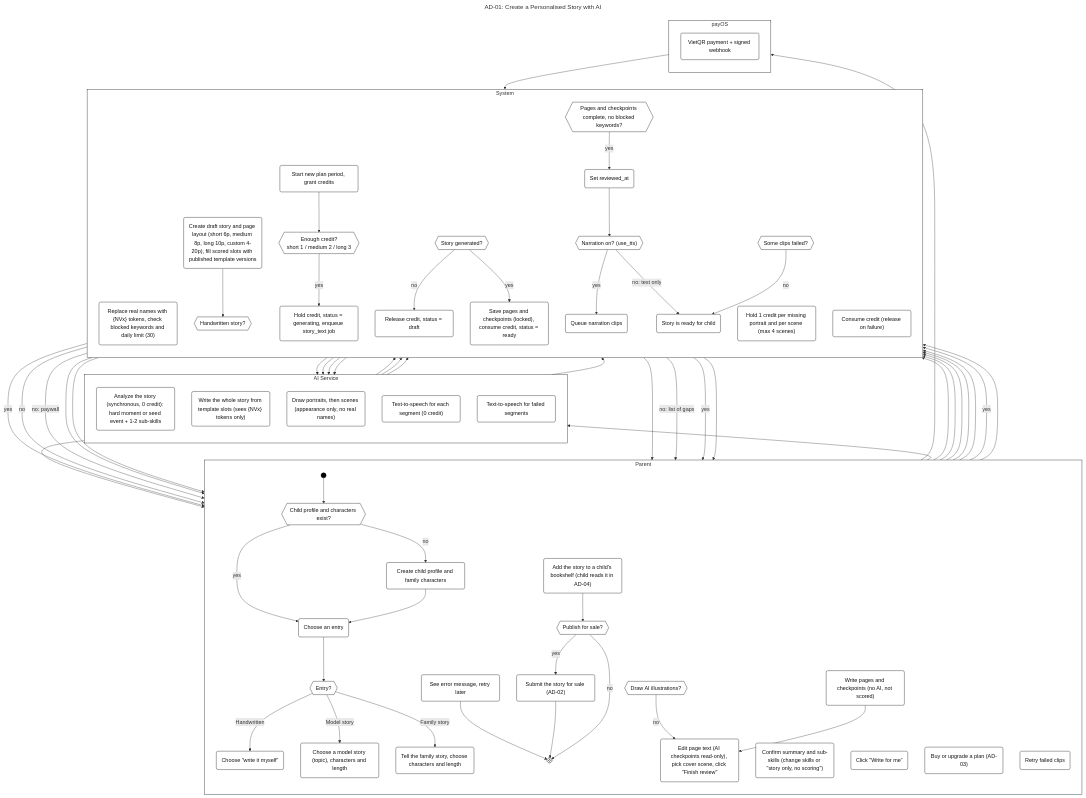
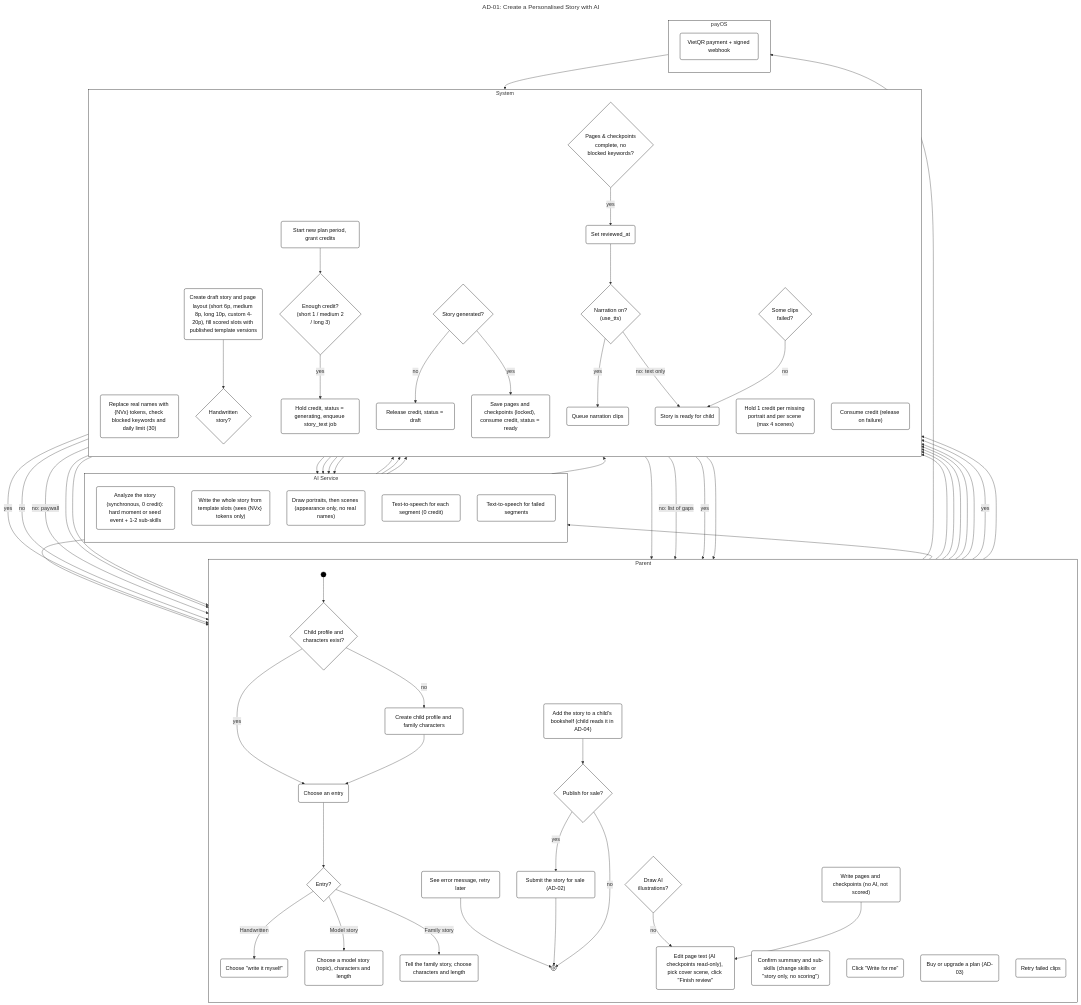
One commit to SEP490-GFA26SE186/BE changed the diagram in docs/diagrams/activity/AD-01-create-story.mmd. Above: the diagram before and after it, drawn with Mermaid. The commit also changed 17 other files, not shown here.

```diff
--- a/docs/diagrams/activity/AD-01-create-story.mmd
+++ b/docs/diagrams/activity/AD-01-create-story.mmd
@@ -1,122 +1,122 @@
 ---
 title: "AD-01: Create a Personalised Story with AI"
 ---
 %%{init: {"flowchart": {"curve": "linear", "nodeSpacing": 30, "rankSpacing": 40}, "themeVariables": {"fontFamily": "Arial", "fontSize": "14px", "lineColor": "#333333"}}%%
 flowchart TB
   subgraph L_P["Parent"]
     direction TB
     start((" "))
-    d_exist{{"Child profile and characters exist?"}}
+    d_exist{"Child profile and<br/>characters exist?"}
     a_create("Create child profile and family characters")
     a_choose("Choose an entry")
-    d_entry{{"Entry?"}}
+    d_entry{"Entry?"}
     a_hand("Choose #quot;write it myself#quot;")
     a_model("Choose a model story (topic), characters and length")
     a_family("Tell the family story, choose characters and length")
     a_confirm("Confirm summary and sub-skills (change skills or #quot;story only, no scoring#quot;)")
     a_writeown("Write pages and checkpoints (no AI, not scored)")
     a_writefor("Click #quot;Write for me#quot;")
     a_buy("Buy or upgrade a plan (AD-03)")
     a_err("See error message, retry later")
-    d_draw{{"Draw AI illustrations?"}}
+    d_draw{"Draw AI<br/>illustrations?"}
     a_edit("Edit page text (AI checkpoints read-only), pick cover scene, click #quot;Finish review#quot;")
     a_retry("Retry failed clips")
     a_shelf("Add the story to a child's bookshelf (child reads it in AD-04)")
-    d_pub{{"Publish for sale?"}}
+    d_pub{"Publish for sale?"}
     a_submit("Submit the story for sale (AD-02)")
     end2@{ shape: fr-circ }
   end
   subgraph L_S["System"]
     direction TB
     s_tokens("Replace real names with {NVx} tokens, check blocked keywords and daily limit (30)")
     s_draft("Create draft story and page layout (short 6p, medium 8p, long 10p, custom 4-20p), fill scored slots with published template versions")
-    d_hand{{"Handwritten story?"}}
-    d_credit{{"Enough credit?<br/>short 1 / medium 2 / long 3"}}
+    d_hand{"Handwritten<br/>story?"}
+    d_credit{"Enough credit?<br/>(short 1 / medium 2<br/>/ long 3)"}
     s_grant("Start new plan period, grant credits")
     s_hold("Hold credit, status = generating, enqueue story_text job")
-    d_gen{{"Story generated?"}}
+    d_gen{"Story generated?"}
     s_release("Release credit, status = draft")
     s_save("Save pages and checkpoints (locked), consume credit, status = ready")
     s_holdimg("Hold 1 credit per missing portrait and per scene (max 4 scenes)")
     s_consume("Consume credit (release on failure)")
-    d_complete{{"Pages and checkpoints complete, no blocked keywords?"}}
+    d_complete{"Pages & checkpoints<br/>complete, no<br/>blocked keywords?"}
     s_reviewed("Set reviewed_at")
-    d_tts{{"Narration on? (use_tts)"}}
+    d_tts{"Narration on?<br/>(use_tts)"}
     s_queue("Queue narration clips")
-    d_failed{{"Some clips failed?"}}
+    d_failed{"Some clips<br/>failed?"}
     s_ready("Story is ready for child")
   end
   subgraph L_A["AI Service"]
     direction TB
     ai_analyze("Analyze the story (synchronous, 0 credit): hard moment or seed event + 1-2 sub-skills")
     ai_write("Write the whole story from template slots (sees {NVx} tokens only)")
     ai_draw("Draw portraits, then scenes (appearance only, no real names)")
     ai_tts("Text-to-speech for each segment (0 credit)")
     ai_tts2("Text-to-speech for failed segments")
   end
   subgraph L_Q["payOS"]
     direction TB
     pay("VietQR payment + signed webhook")
   end
 
   start --> d_exist
   d_exist -- "no" --> a_create
   d_exist -- "yes" --> a_choose
   a_create --> a_choose
   a_choose --> d_entry
   d_entry -- "Handwritten" --> a_hand
   d_entry -- "Model story" --> a_model
   d_entry -- "Family story" --> a_family
   a_family --> s_tokens
   s_tokens --> ai_analyze
   ai_analyze --> a_confirm
   a_confirm --> s_draft
   a_model --> s_draft
   a_hand --> s_draft
   s_draft --> d_hand
   d_hand -- "yes" --> a_writeown
   d_hand -- "no" --> a_writefor
   a_writefor --> d_credit
   d_credit -- "no: paywall" --> a_buy
   a_buy --> pay
   pay --> s_grant
   s_grant --> d_credit
   d_credit -- "yes" --> s_hold
   s_hold --> ai_write
   ai_write --> d_gen
   d_gen -- "no" --> s_release
   d_gen -- "yes" --> s_save
   s_release --> a_err
   a_err --> end2
   s_save --> d_draw
   d_draw -- "yes" --> s_holdimg
   d_draw -- "no" --> a_edit
   s_holdimg --> ai_draw
   ai_draw --> s_consume
   s_consume --> a_edit
   a_writeown --> a_edit
   a_edit --> d_complete
   d_complete -- "no: list of gaps" --> a_edit
   d_complete -- "yes" --> s_reviewed
   s_reviewed --> d_tts
   d_tts -- "yes" --> s_queue
   d_tts -- "no: text only" --> s_ready
   s_queue --> ai_tts
   ai_tts --> d_failed
   d_failed -- "yes" --> a_retry
   a_retry --> ai_tts2
   ai_tts2 --> d_failed
   d_failed -- "no" --> s_ready
   s_ready --> a_shelf
   a_shelf --> d_pub
   d_pub -- "yes" --> a_submit
   a_submit --> end2
   d_pub -- "no" --> end2
 
   classDef default fill:#FFFFFF,stroke:#000000,color:#111111
   classDef solid fill:#000000,stroke:#000000
   class start solid
   style L_P fill:#FFFFFF,stroke:#000000
   style L_S fill:#FFFFFF,stroke:#000000
   style L_A fill:#FFFFFF,stroke:#000000
   style L_Q fill:#FFFFFF,stroke:#000000
```
